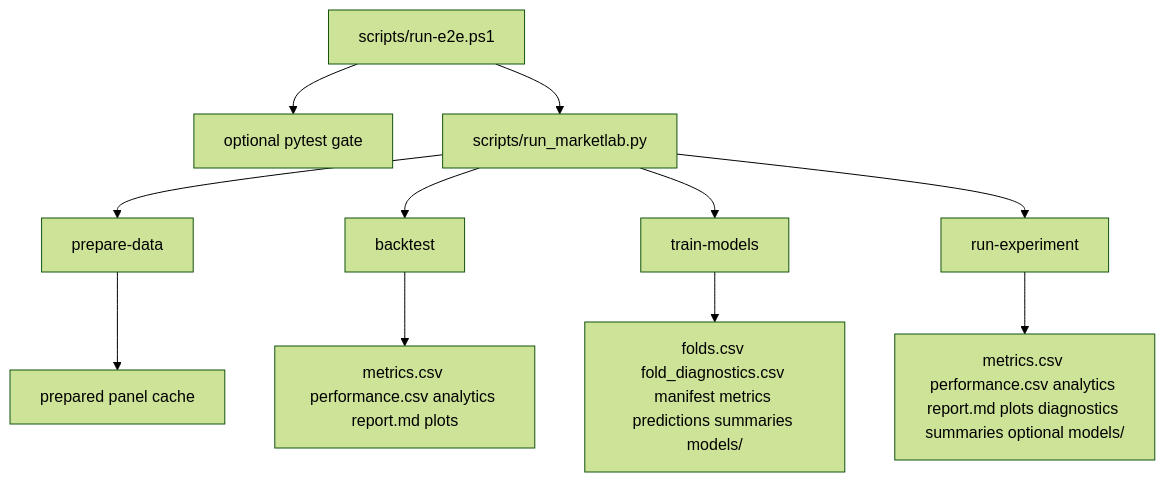
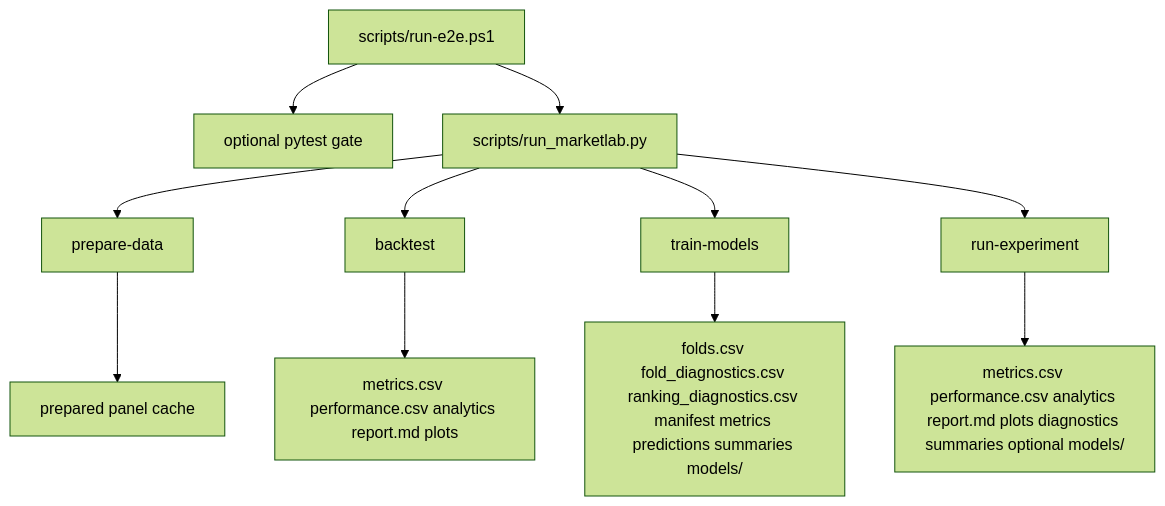
The first of 6 diagrams in ARCHITECTURE.md (ricardogr07/market-lab), drawn with Mermaid (forest theme) before and after one commit. The commit also changed other lines of this file and 1 other file, not shown here.

Commit message:
docs: document ranking-aware evaluation artifacts

````diff
--- a/ARCHITECTURE.md
+++ b/ARCHITECTURE.md
@@ -67,14 +68,14 @@
 ```mermaid
 flowchart TD
     Runner[scripts/run-e2e.ps1] --> Pytest[optional pytest gate]
     Runner --> Launcher[scripts/run_marketlab.py]
     Launcher --> Prepare[prepare-data]
     Launcher --> Backtest[backtest]
     Launcher --> Train[train-models]
     Launcher --> Experiment[run-experiment]
 
     Prepare --> Panel[prepared panel cache]
     Backtest --> BaselineArtifacts[metrics.csv performance.csv analytics report.md plots]
-    Train --> TrainingArtifacts[folds.csv fold_diagnostics.csv manifest metrics predictions summaries models/]
+    Train --> TrainingArtifacts[folds.csv fold_diagnostics.csv ranking_diagnostics.csv manifest metrics predictions summaries models/]
     Experiment --> ExperimentArtifacts[metrics.csv performance.csv analytics report.md plots diagnostics summaries optional models/]
 ```
````
